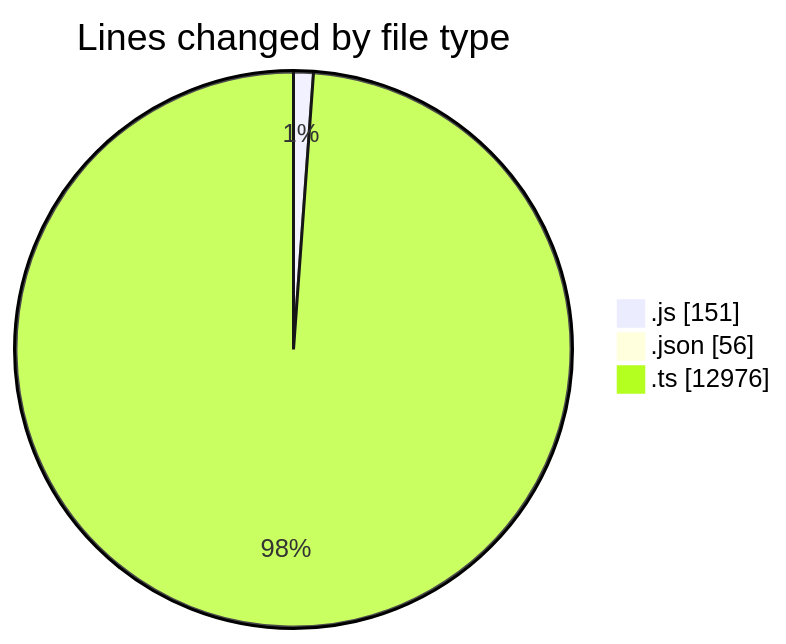
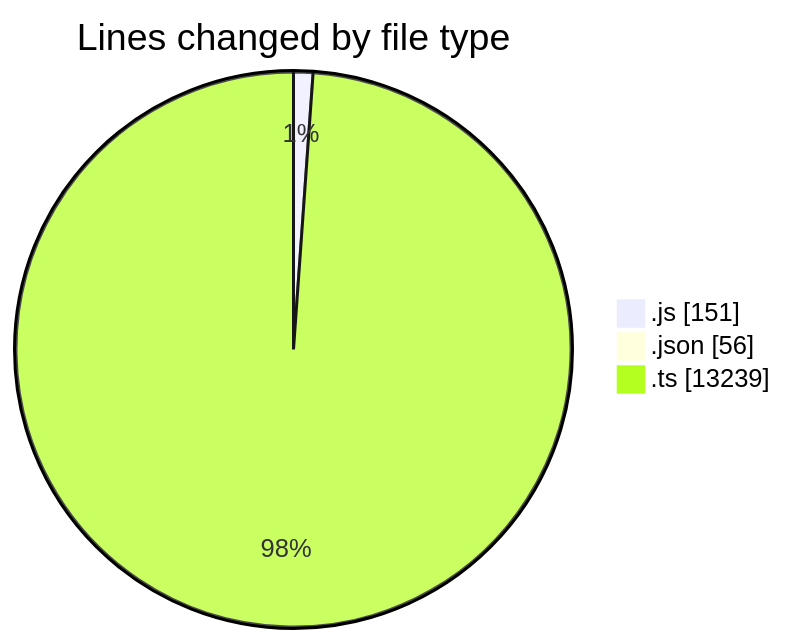
The first of 2 diagrams in 2025-09-04/cda/README.md (momahboobian/code-tracking), drawn with Mermaid before and after one commit. The commit also changed other lines of this file and 1 other file, not shown here.

````diff
--- a/2025-09-04/cda/README.md
+++ b/2025-09-04/cda/README.md
@@ -30,7 +30,7 @@
 ```mermaid
 pie showData
 title Lines changed by file type
 ".js" : 151
 ".json" : 56
-".ts" : 12976
+".ts" : 13239
 ```
````
